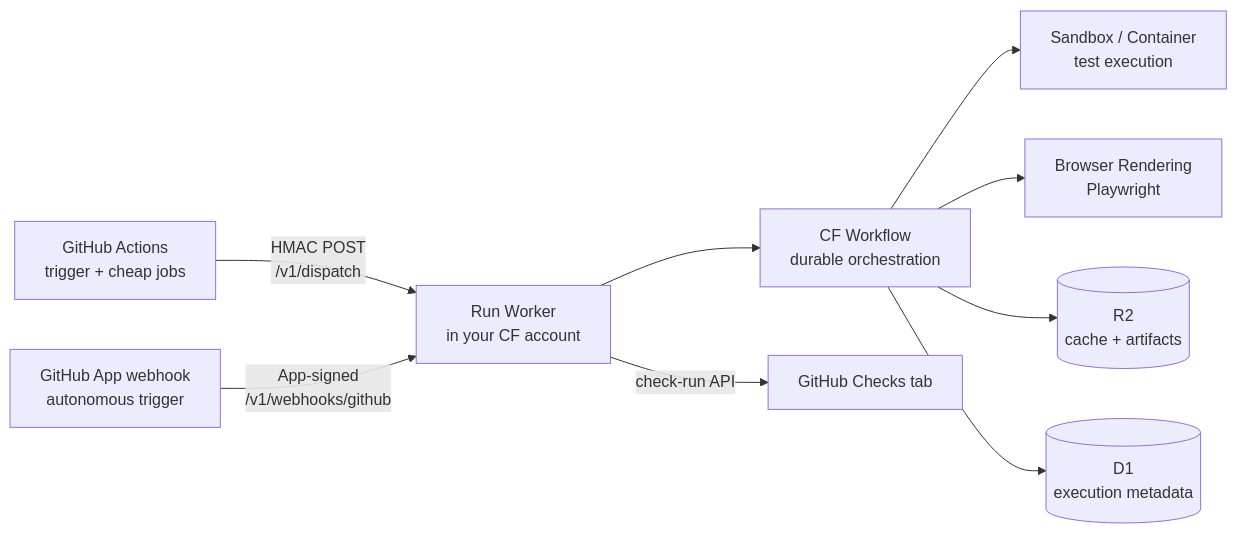
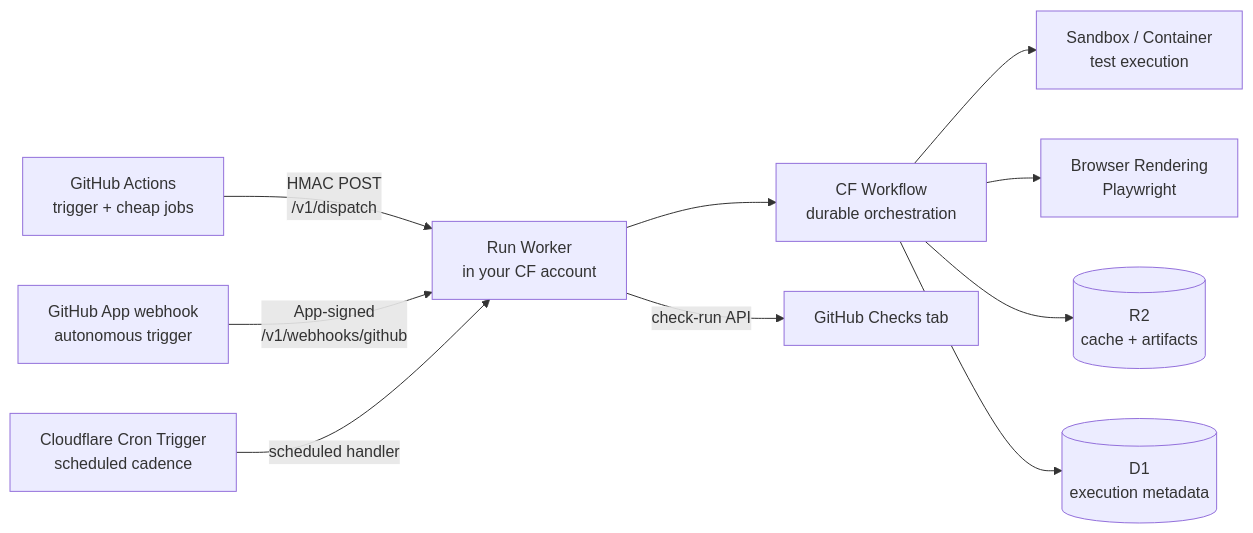
Before and after one commit to OpenHackersClub/flare-dispatch: the diagram in specs/PRD.md, drawn with Mermaid. The commit also changed other lines of this file and 16 other files, not shown here.

````diff
--- a/specs/PRD.md
+++ b/specs/PRD.md
@@ -48,11 +48,12 @@
 ```mermaid
 flowchart LR
   GHA[GitHub Actions<br/>trigger + cheap jobs] -->|HMAC POST<br/>/v1/dispatch| W[Run Worker<br/>in your CF account]
   APP[GitHub App webhook<br/>autonomous trigger] -->|App-signed<br/>/v1/webhooks/github| W
+  CRON[Cloudflare Cron Trigger<br/>scheduled cadence] -->|scheduled handler| W
   W --> WF[CF Workflow<br/>durable orchestration]
   WF --> SB[Sandbox / Container<br/>test execution]
   WF --> BR[Browser Rendering<br/>Playwright]
   WF --> R2[(R2<br/>cache + artifacts)]
   WF --> D1[(D1<br/>execution metadata)]
   W -->|check-run API| GH[GitHub Checks tab]
 ```
````
